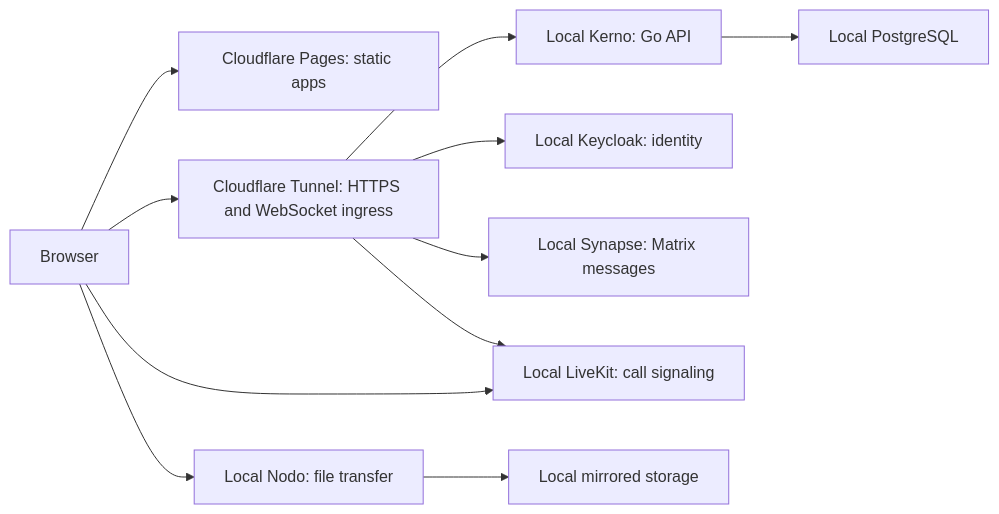
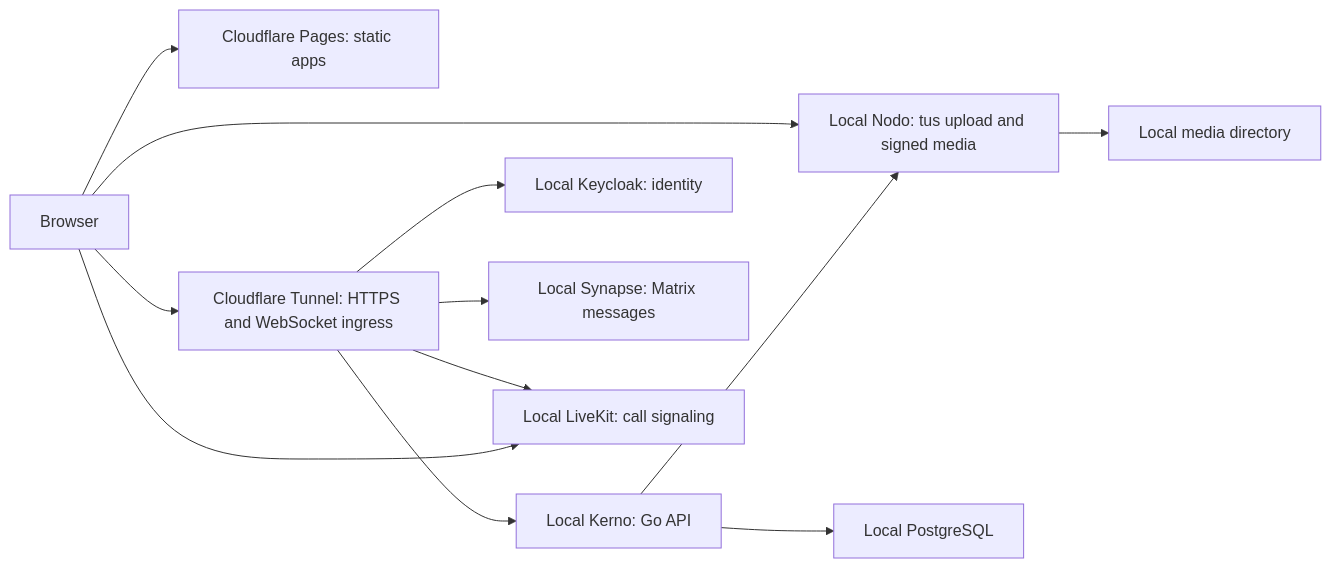
Before and after one commit to druckheil/Kaordo: the diagram in docs/architecture.md, drawn with Mermaid. The commit also changed other lines of this file and 65 other files, not shown here.

````diff
--- a/docs/architecture.md
+++ b/docs/architecture.md
@@ -5,13 +5,14 @@
 ```mermaid
 flowchart LR
   Browser --> Pages[Cloudflare Pages: static apps]
   Browser --> Tunnel[Cloudflare Tunnel: HTTPS and WebSocket ingress]
   Tunnel --> Kerno[Local Kerno: Go API]
   Tunnel --> Keycloak[Local Keycloak: identity]
   Tunnel --> Synapse[Local Synapse: Matrix messages]
   Tunnel --> LiveKit[Local LiveKit: call signaling]
-  Browser --> Nodo[Local Nodo: file transfer]
+  Browser --> Nodo[Local Nodo: tus upload and signed media]
   Browser --> LiveKit
   Kerno --> Postgres[Local PostgreSQL]
-  Nodo --> Disks[Local mirrored storage]
+  Kerno --> Nodo
+  Nodo --> Disks[Local media directory]
 ```
````
